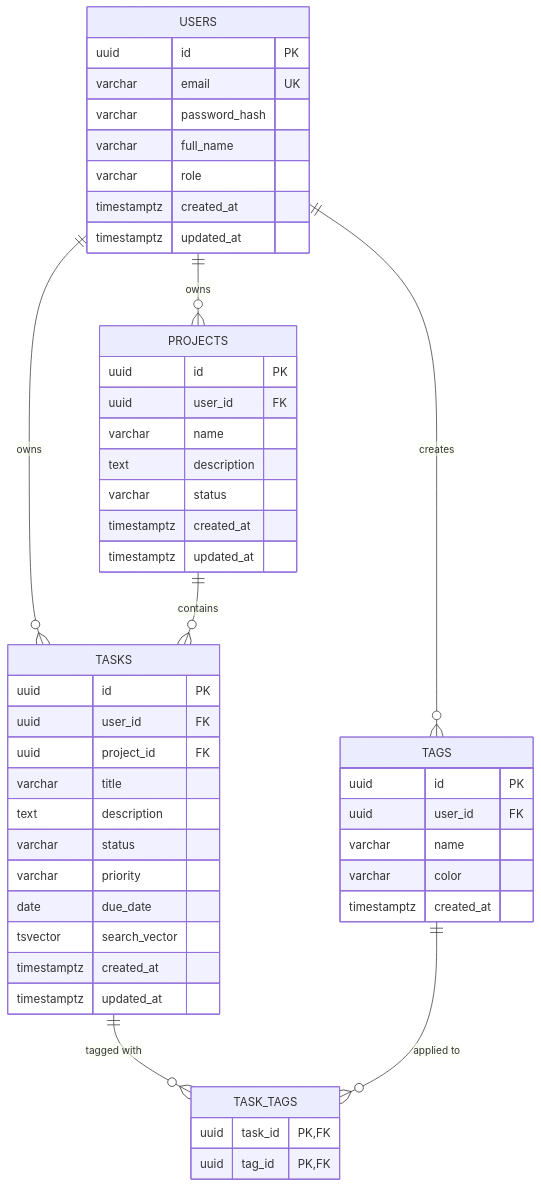
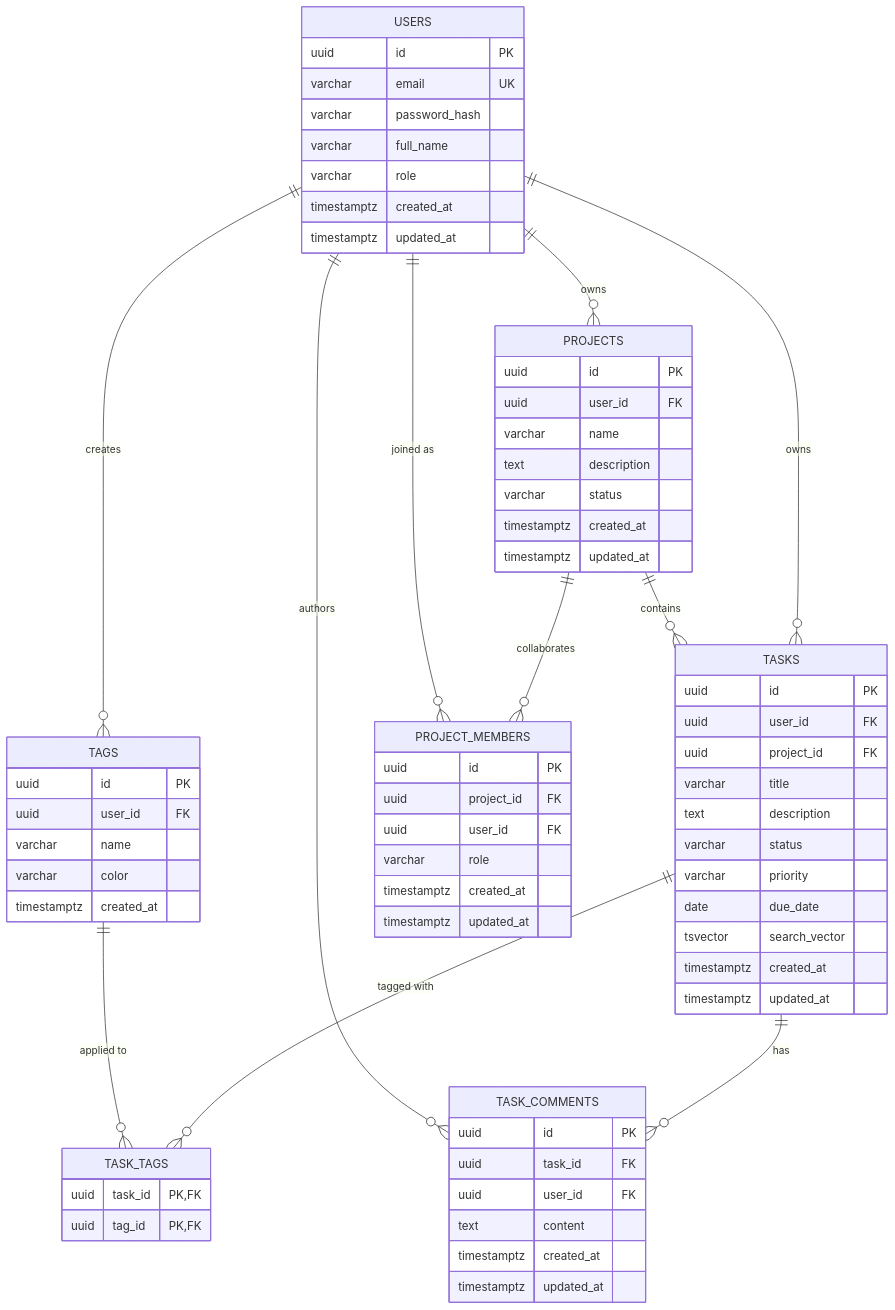
The second of 2 diagrams in README.md (NMHiepasd/task-manager-api), drawn with Mermaid before and after one commit. The commit also changed other lines of this file and 22 other files, not shown here.

Commit message:
feat(comments): add task comments CRUD and moderation (Task 10.5.2)

````diff
--- a/README.md
+++ b/README.md
@@ -77,56 +77,78 @@
 ```mermaid
 erDiagram
     USERS ||--o{ PROJECTS : "owns"
     USERS ||--o{ TASKS : "owns"
     USERS ||--o{ TAGS : "creates"
     PROJECTS ||--o{ TASKS : "contains"
+    PROJECTS ||--o{ PROJECT_MEMBERS : "collaborates"
+    USERS ||--o{ PROJECT_MEMBERS : "joined as"
     TASKS ||--o{ TASK_TAGS : "tagged with"
     TAGS ||--o{ TASK_TAGS : "applied to"
+    TASKS ||--o{ TASK_COMMENTS : "has"
+    USERS ||--o{ TASK_COMMENTS : "authors"
 
     USERS {
         uuid id PK
         varchar email UK
         varchar password_hash
         varchar full_name
         varchar role
         timestamptz created_at
         timestamptz updated_at
     }
 
     PROJECTS {
         uuid id PK
         uuid user_id FK
         varchar name
         text description
         varchar status
         timestamptz created_at
         timestamptz updated_at
     }
 
     TASKS {
         uuid id PK
         uuid user_id FK
         uuid project_id FK
         varchar title
         text description
         varchar status
         varchar priority
         date due_date
         tsvector search_vector
         timestamptz created_at
         timestamptz updated_at
     }
 
     TAGS {
         uuid id PK
         uuid user_id FK
         varchar name
         varchar color
         timestamptz created_at
     }
 
     TASK_TAGS {
         uuid task_id PK,FK
         uuid tag_id PK,FK
     }
+
+    PROJECT_MEMBERS {
+        uuid id PK
+        uuid project_id FK
+        uuid user_id FK
+        varchar role
+        timestamptz created_at
+        timestamptz updated_at
+    }
+
+    TASK_COMMENTS {
+        uuid id PK
+        uuid task_id FK
+        uuid user_id FK
+        text content
+        timestamptz created_at
+        timestamptz updated_at
+    }
 ```
````
